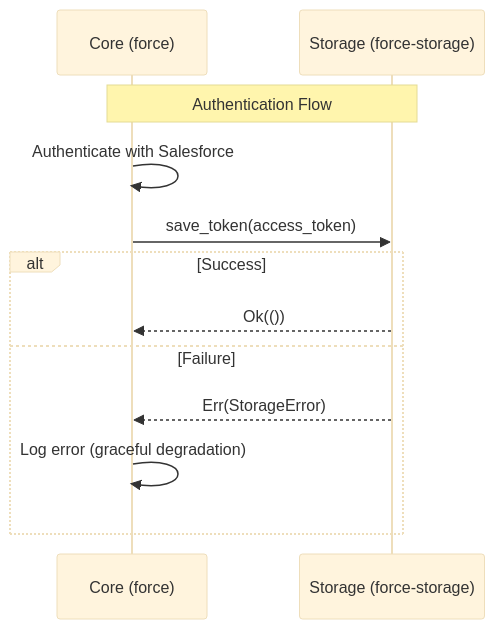
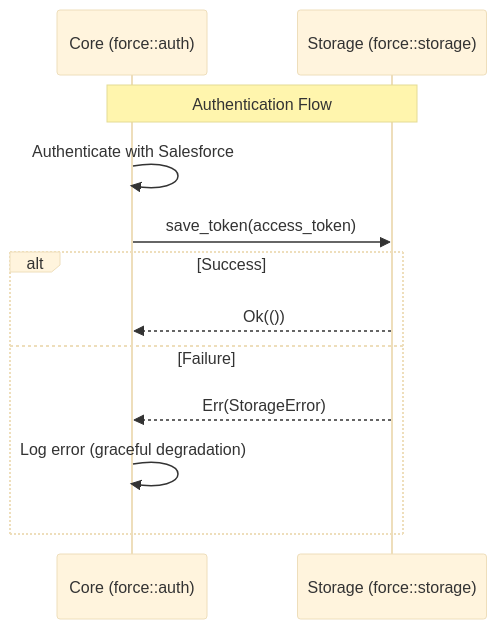
The third of 3 diagrams in docs/architecture.md (madmax983/force-rs), drawn with Mermaid (base theme) before and after one commit. The commit also changed 5 other files, not shown here.

First line of the commit message:
Refactor: Decouple storage from auth and update ADR/Diagrams

````diff
--- a/docs/architecture.md
+++ b/docs/architecture.md
@@ -35,15 +35,15 @@
 ```mermaid
 sequenceDiagram
-    participant C as Core (force)
-    participant S as Storage (force-storage)
+    participant C as Core (force::auth)
+    participant S as Storage (force::storage)
 
     Note over C, S: Authentication Flow
     C->>C: Authenticate with Salesforce
     C->>S: save_token(access_token)
     alt Success
         S-->>C: Ok(())
     else Failure
         S-->>C: Err(StorageError)
         C->>C: Log error (graceful degradation)
     end
 ```
````
